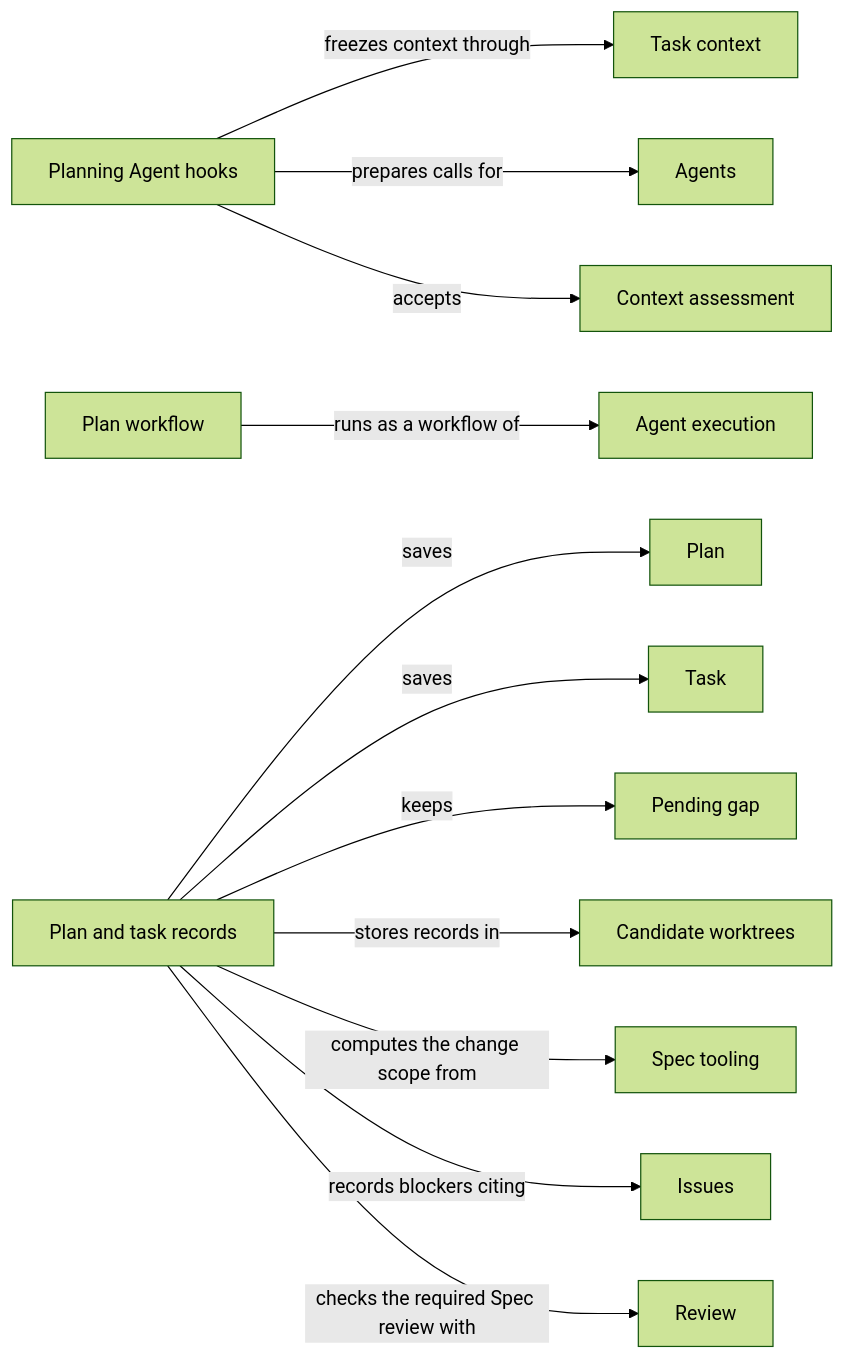
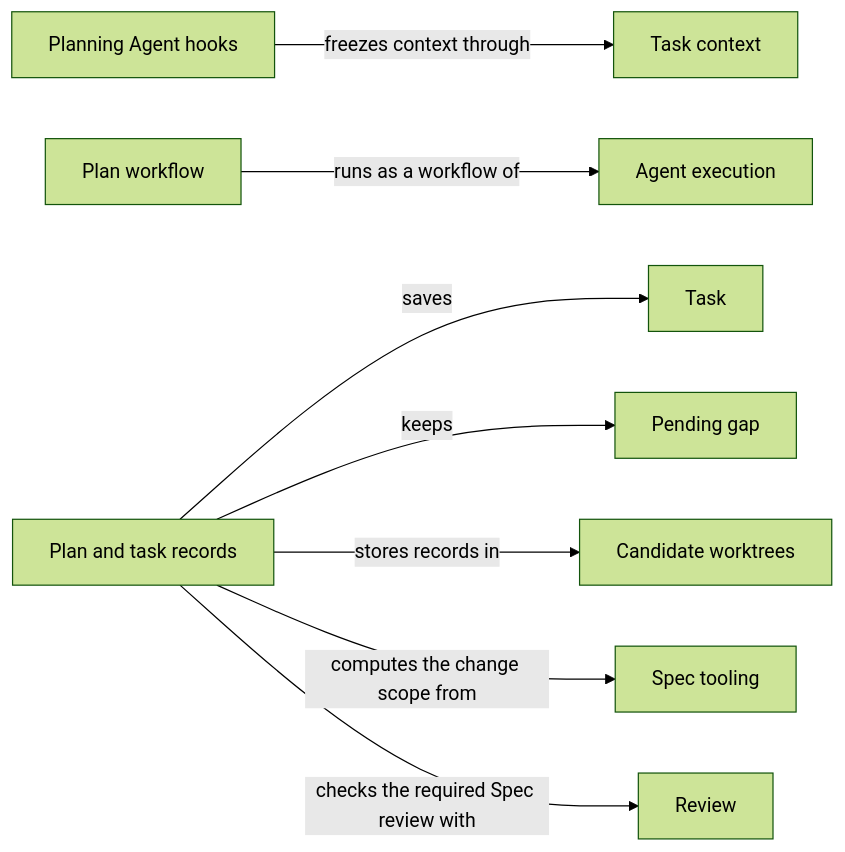
One commit to FTOD/concorde changed the diagram in specs/concorde/planning/module.md. Above: the diagram before and after it, drawn with Mermaid (forest theme). The commit also changed other lines of this file and 82 other files, not shown here.

````diff
--- a/specs/concorde/planning/module.md
+++ b/specs/concorde/planning/module.md
@@ -264,30 +133,22 @@
 ```mermaid
 flowchart LR
     accTitle: Planning and its providers
-    accDescr: The hooks prepare Agents and accept assessments through Agent execution; the records code saves plans and tasks in the candidate, reads the change scope from Spec tooling and checks the required review.
+    accDescr: Hooks prepare Agents through Agent execution; the records code saves plans, tasks and pending gaps in the candidate.
     hooks[Planning Agent hooks]
     workflow[Plan workflow]
     records[Plan and task records]
-    assessment[Context assessment]
-    plan[Plan]
+    gap[Pending gap]
     task[Task]
-    gap[Pending gap]
     execution[Agent execution]
     context[Task context]
-    agents[Agents]
     worktrees[Candidate worktrees]
     spec[Spec tooling]
-    issues[Issues]
     review[Review]
     workflow -->|runs as a workflow of| execution
     hooks -->|freezes context through| context
-    hooks -->|prepares calls for| agents
-    hooks -->|accepts| assessment
-    records -->|saves| plan
     records -->|saves| task
     records -->|keeps| gap
     records -->|stores records in| worktrees
     records -->|computes the change scope from| spec
-    records -->|records blockers citing| issues
     records -->|checks the required Spec review with| review
 ```
````
